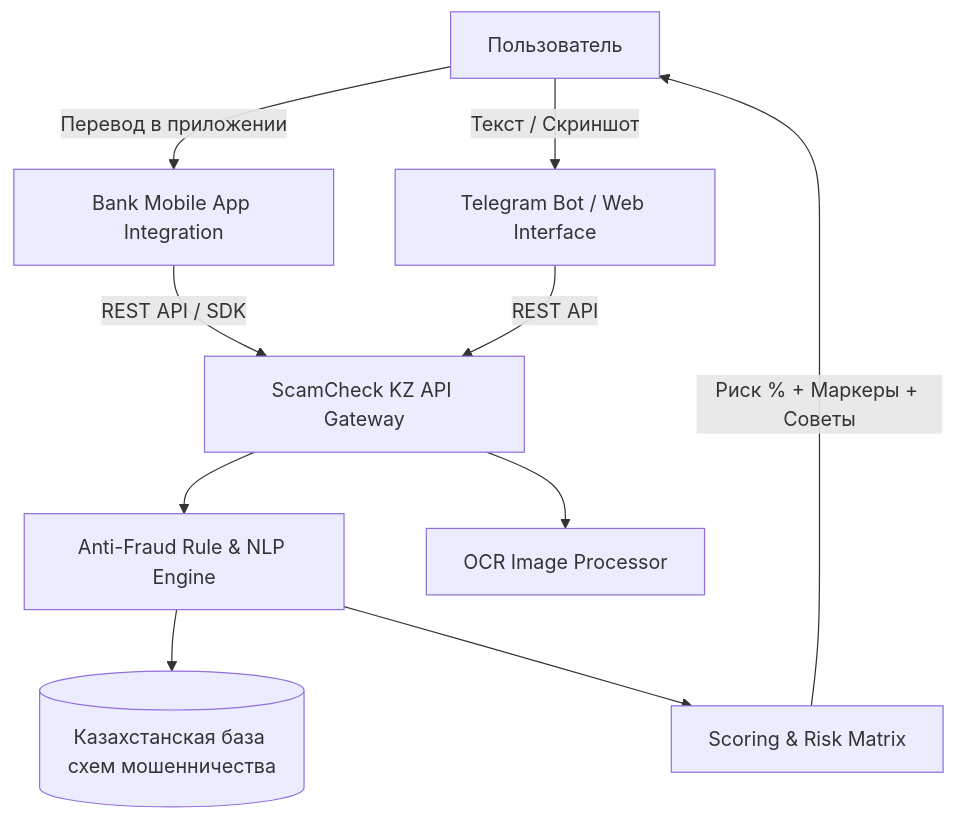
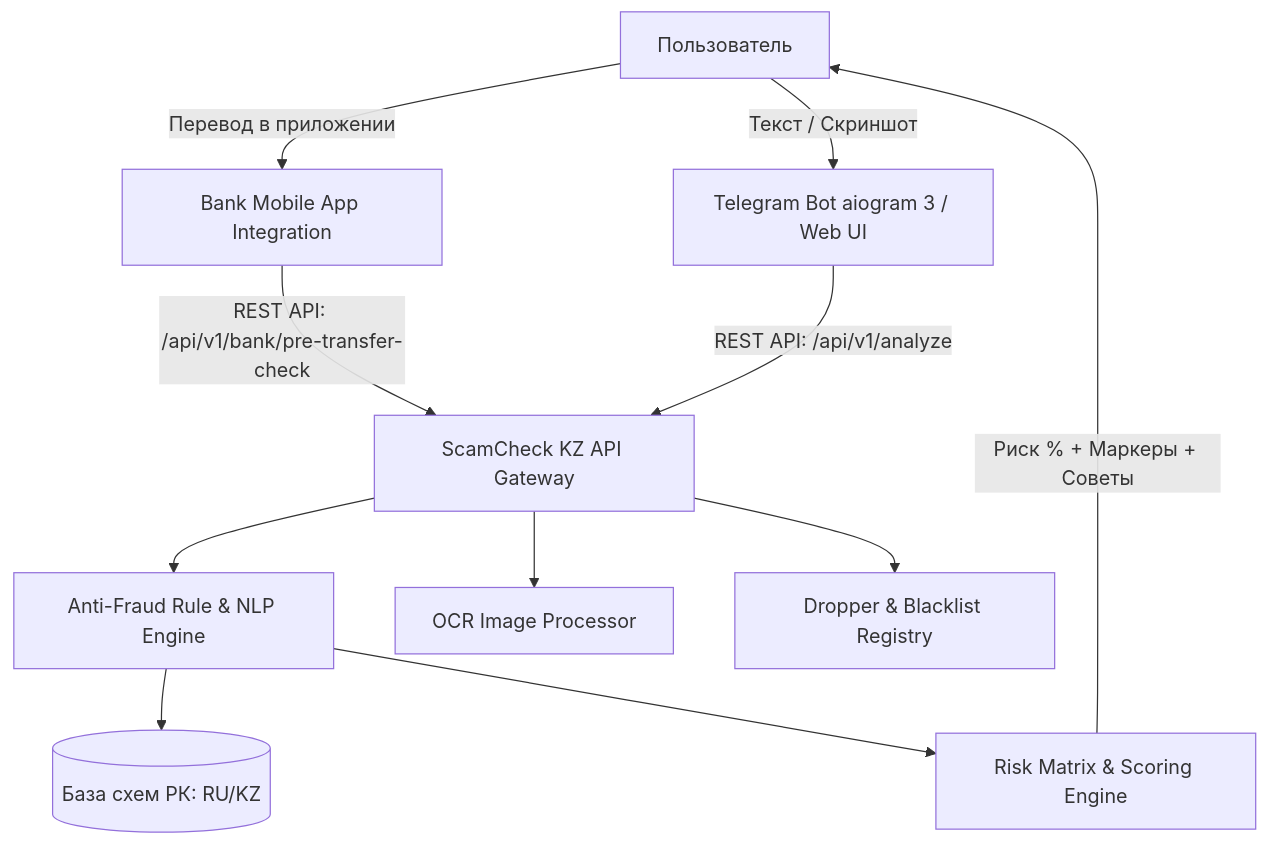
The diagram in README.md (abzaliito/antifraud_icore), drawn with Mermaid before and after one commit. The commit also changed other lines of this file and 18 other files, not shown here.

Commit message:
feat: complete anti-fraud backend, B2B bank API, OCR processor, aiogram bot, and 160-case benchmark dataset

````diff
--- a/README.md
+++ b/README.md
@@ -34,16 +37,17 @@
 ```mermaid
 graph TD
-    A[Пользователь] -->|Текст / Скриншот| B[Telegram Bot / Web Interface]
+    A[Пользователь] -->|Текст / Скриншот| B[Telegram Bot aiogram 3 / Web UI]
     A -->|Перевод в приложении| C[Bank Mobile App Integration]
     
-    C -->|REST API / SDK| D[ScamCheck KZ API Gateway]
-    B -->|REST API| D
+    C -->|REST API: /api/v1/bank/pre-transfer-check| D[ScamCheck KZ API Gateway]
+    B -->|REST API: /api/v1/analyze| D
     
     D --> E[Anti-Fraud Rule & NLP Engine]
     D --> F[OCR Image Processor]
+    D --> K[Dropper & Blacklist Registry]
     
-    E --> G[(Казахстанская база схем мошенничества)]
-    E --> H[Scoring & Risk Matrix]
+    E --> G[(База схем РК: RU/KZ)]
+    E --> H[Risk Matrix & Scoring Engine]
     
     H -->|Риск % + Маркеры + Советы| A
 ```
````
